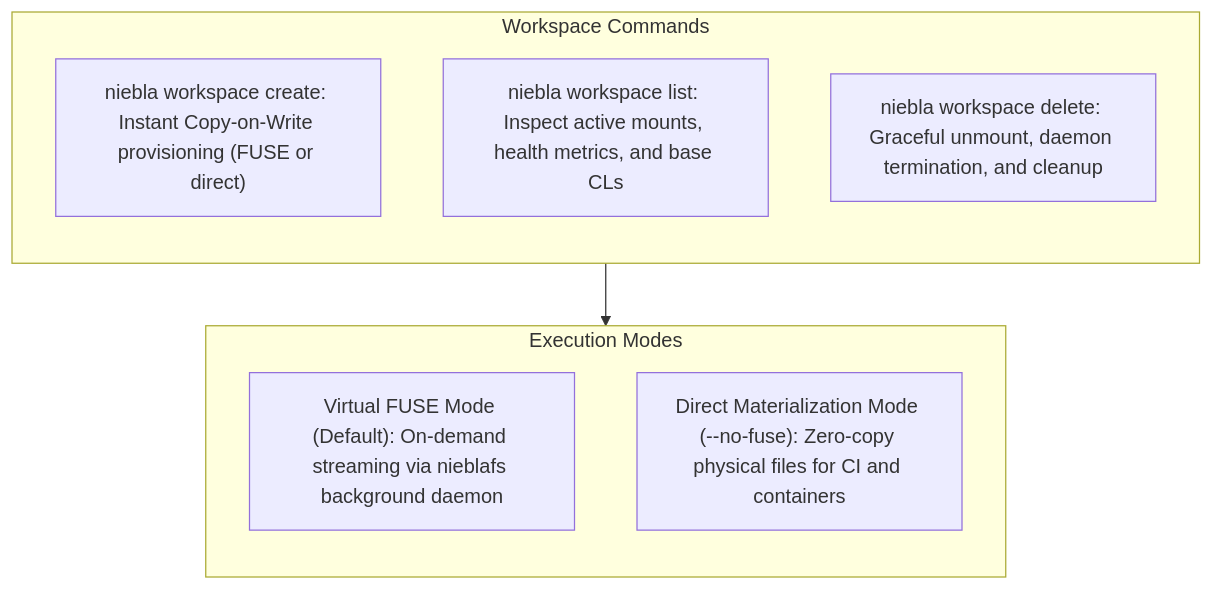
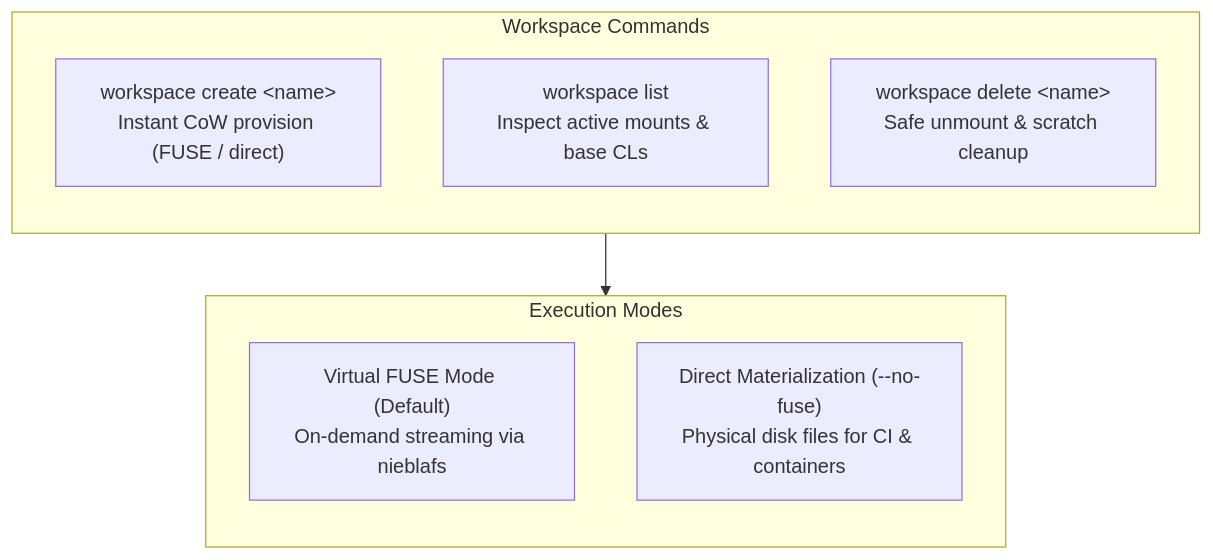
One commit to mrtnzjsh/niebla changed the first of 3 diagrams in docs-site/src/content/docs/reference/cli.md. Above: the diagram before and after it, drawn with Mermaid. The commit also changed 1 other file, not shown here.

Commit message:
fix(docs): resolve flexbox data-loss left clipping and compact workspace diagram

````diff
--- a/docs-site/src/content/docs/reference/cli.md
+++ b/docs-site/src/content/docs/reference/cli.md
@@ -43,17 +43,17 @@
 ```mermaid
 flowchart TD
     subgraph Commands["Workspace Commands"]
         direction TB
-        C1["niebla workspace create: Instant Copy-on-Write provisioning (FUSE or direct)"]
-        C2["niebla workspace list: Inspect active mounts, health metrics, and base CLs"]
-        C3["niebla workspace delete: Graceful unmount, daemon termination, and cleanup"]
+        C1["workspace create &lt;name&gt;<br/>Instant CoW provision (FUSE / direct)"]
+        C2["workspace list<br/>Inspect active mounts &amp; base CLs"]
+        C3["workspace delete &lt;name&gt;<br/>Safe unmount &amp; scratch cleanup"]
     end
 
     subgraph Modes["Execution Modes"]
         direction TB
-        M1["Virtual FUSE Mode (Default): On-demand streaming via nieblafs background daemon"]
-        M2["Direct Materialization Mode (--no-fuse): Zero-copy physical files for CI and containers"]
+        M1["Virtual FUSE Mode (Default)<br/>On-demand streaming via nieblafs"]
+        M2["Direct Materialization (--no-fuse)<br/>Physical disk files for CI &amp; containers"]
     end
 
     Commands --> Modes
 ```
````
